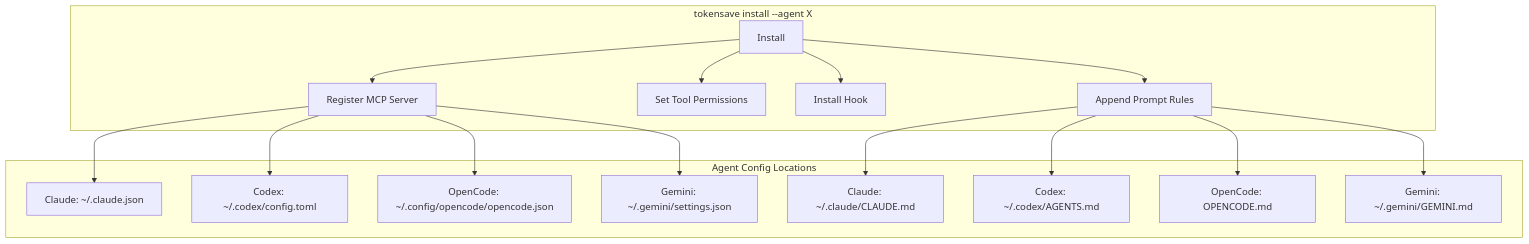
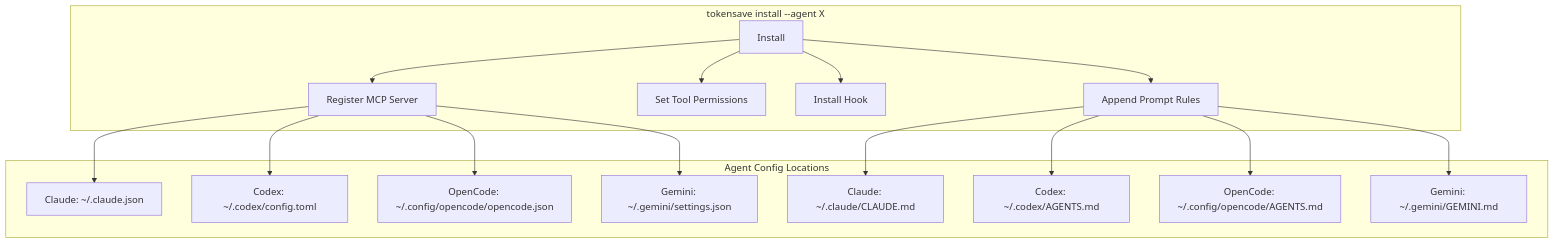
The second of 2 diagrams in docs/DESIGN-DOC.md (aovestdipaperino/tokensave), drawn with Mermaid before and after one commit. The commit also changed other lines of this file and 3 other files, not shown here.

Commit message:
fix(opencode): use AGENTS.md instead of OPENCODE.md for prompt rules

````diff
--- a/docs/DESIGN-DOC.md
+++ b/docs/DESIGN-DOC.md
@@ -324,21 +324,21 @@
 ```mermaid
 graph TB
     subgraph "tokensave install --agent X"
         I[Install] --> MCP[Register MCP Server]
         I --> PERM[Set Tool Permissions]
         I --> HOOK[Install Hook]
         I --> PROMPT[Append Prompt Rules]
     end
 
     subgraph "Agent Config Locations"
         MCP --> C1["Claude: ~/.claude.json"]
         MCP --> C2["Codex: ~/.codex/config.toml"]
         MCP --> C3["OpenCode: ~/.config/opencode/opencode.json"]
         MCP --> C4["Gemini: ~/.gemini/settings.json"]
 
         PROMPT --> P1["Claude: ~/.claude/CLAUDE.md"]
         PROMPT --> P2["Codex: ~/.codex/AGENTS.md"]
-        PROMPT --> P3["OpenCode: OPENCODE.md"]
+        PROMPT --> P3["OpenCode: ~/.config/opencode/AGENTS.md"]
         PROMPT --> P4["Gemini: ~/.gemini/GEMINI.md"]
     end
 ```
````
